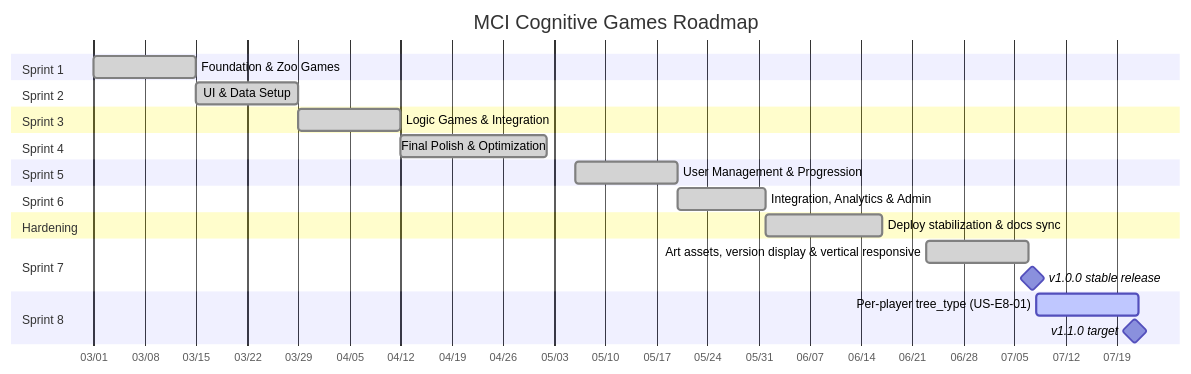
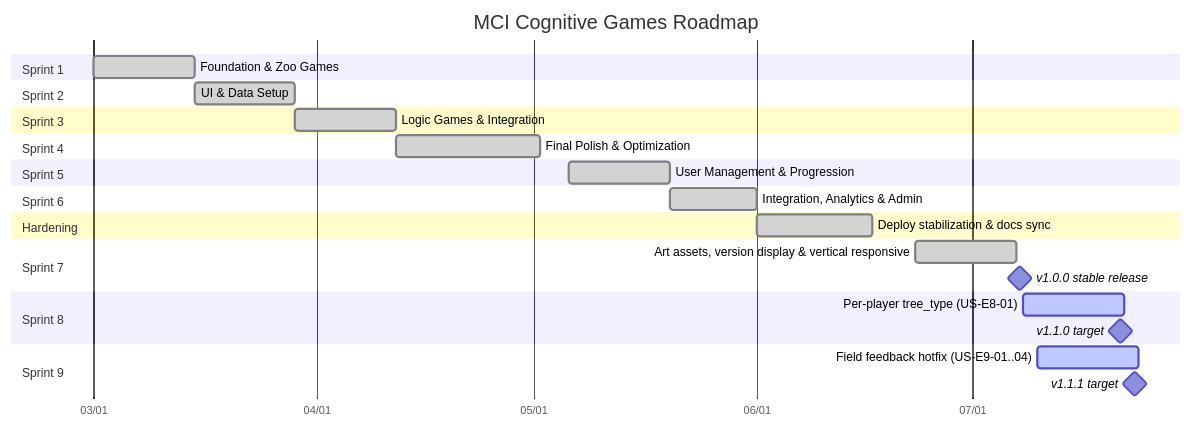
Before and after one commit to ChayutChanmueang/mci-cognitive-game-hub-dev-deploy: the diagram in docs/agile/02-sprint-planning.md, drawn with Mermaid. The commit also changed other lines of this file and 12 other files, not shown here.

Commit message:
docs: update changelog and project documentation for Sprint 09 and Field Feedback Hotfixes

````diff
--- a/docs/agile/02-sprint-planning.md
+++ b/docs/agile/02-sprint-planning.md
@@ -22,26 +23,29 @@
 ```mermaid
 gantt
     title MCI Cognitive Games Roadmap
     dateFormat  YYYY-MM-DD
     axisFormat  %m/%d
     section Sprint 1
     Foundation & Zoo Games :done, s1, 2026-03-01, 14d
     section Sprint 2
     UI & Data Setup        :done, s2, 2026-03-15, 14d
     section Sprint 3
     Logic Games & Integration :done, s3, 2026-03-29, 14d
     section Sprint 4
     Final Polish & Optimization :done, s4, 2026-04-12, 20d
     section Sprint 5
     User Management & Progression :done, s5, 2026-05-06, 14d
     section Sprint 6
     Integration, Analytics & Admin :done, s6, 2026-05-20, 12d
     section Hardening
     Deploy stabilization & docs sync :done, harden, 2026-06-01, 16d
     section Sprint 7
     Art assets, version display & vertical responsive :done, s7, 2026-06-23, 14d
     v1.0.0 stable release :milestone, rel10, 2026-07-07, 1d
     section Sprint 8
     Per-player tree_type (US-E8-01) :active, s8, 2026-07-08, 14d
     v1.1.0 target :milestone, rel11, 2026-07-21, 1d
+    section Sprint 9
+    Field feedback hotfix (US-E9-01..04) :active, s9, 2026-07-10, 14d
+    v1.1.1 target :milestone, rel111, 2026-07-23, 1d
 ```
````
